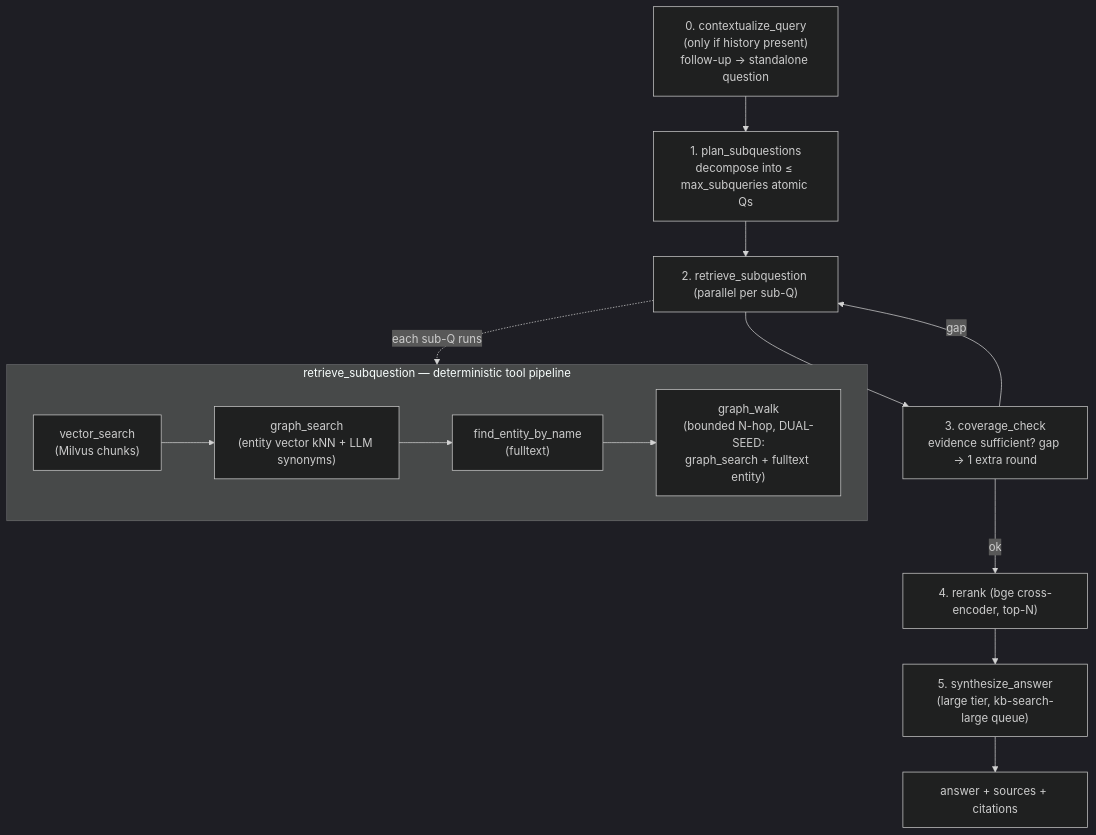
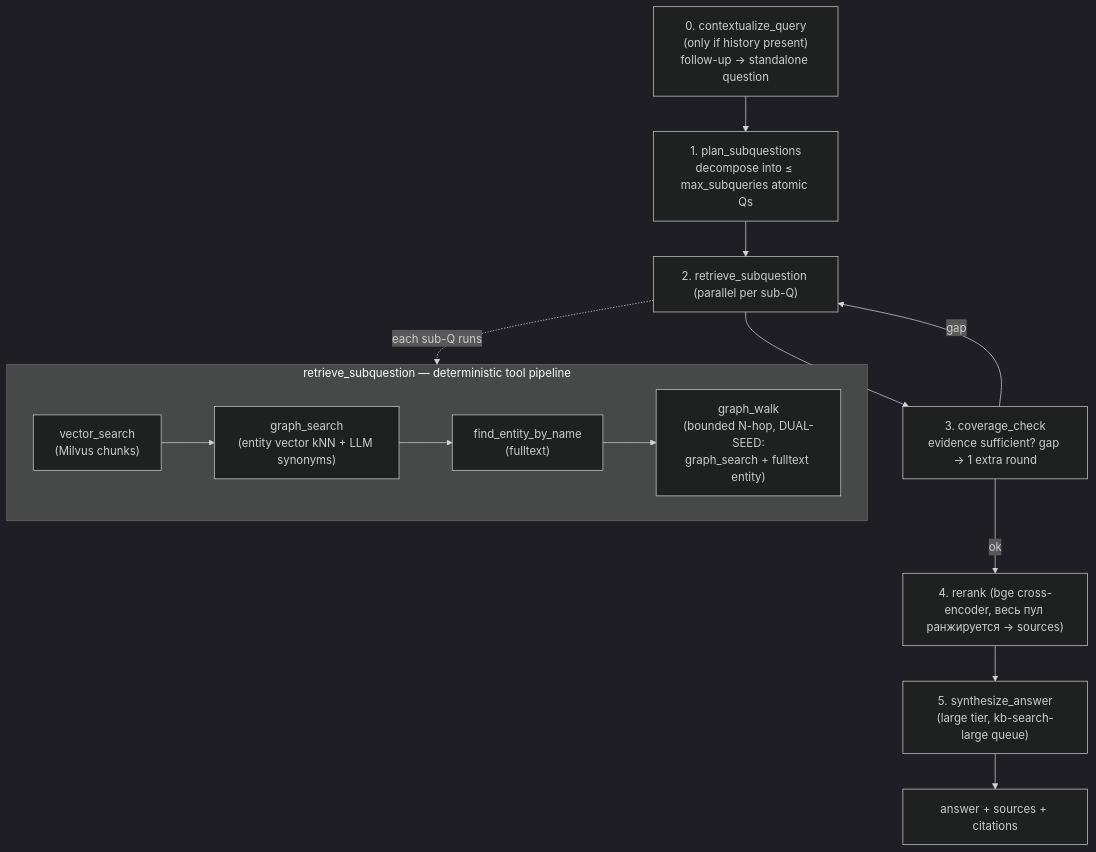
One commit to a-tsitanov/agent_v2 changed the second of 5 diagrams in docs/SEARCH-FLOW.md. Above: the diagram before and after it, drawn with Mermaid (dark theme). The commit also changed other lines of this file and 2 other files, not shown here.

First paragraph of the commit message:
docs(search): fix stale rerank-skip claims in runbook/flow docs
Post-review fixes across the Russian doc family (mcp.md, search-usage.md,
SEARCH-FLOW.md — docs/SEARCH.md was already correct from the prior
commit):

````diff
--- a/docs/SEARCH-FLOW.md
+++ b/docs/SEARCH-FLOW.md
@@ -36,16 +36,16 @@
 ```mermaid
 flowchart TD
     P0["0. contextualize_query<br/>(only if history present)<br/>follow-up → standalone question"] --> P1
     P1["1. plan_subquestions<br/>decompose into ≤ max_subqueries atomic Qs"] --> P2
     P2["2. retrieve_subquestion (parallel per sub-Q)"] --> P3
     P3["3. coverage_check<br/>evidence sufficient? gap → 1 extra round"] -->|gap| P2
     P3 -->|ok| P4
-    P4["4. rerank (bge cross-encoder, top-N)"] --> P5
+    P4["4. rerank (bge cross-encoder, весь пул ранжируется → sources)"] --> P5
     P5["5. synthesize_answer<br/>(large tier, kb-search-large queue)"] --> A["answer + sources + citations"]
 
     subgraph RET ["retrieve_subquestion — deterministic tool pipeline"]
       direction LR
       T1["vector_search<br/>(Milvus chunks)"] --> T2["graph_search<br/>(entity vector kNN + LLM synonyms)"] --> T3["find_entity_by_name<br/>(fulltext)"] --> T4["graph_walk<br/>(bounded N-hop, DUAL-SEED:<br/>graph_search + fulltext entity)"]
     end
     P2 -. each sub-Q runs .-> RET
 ```
````
